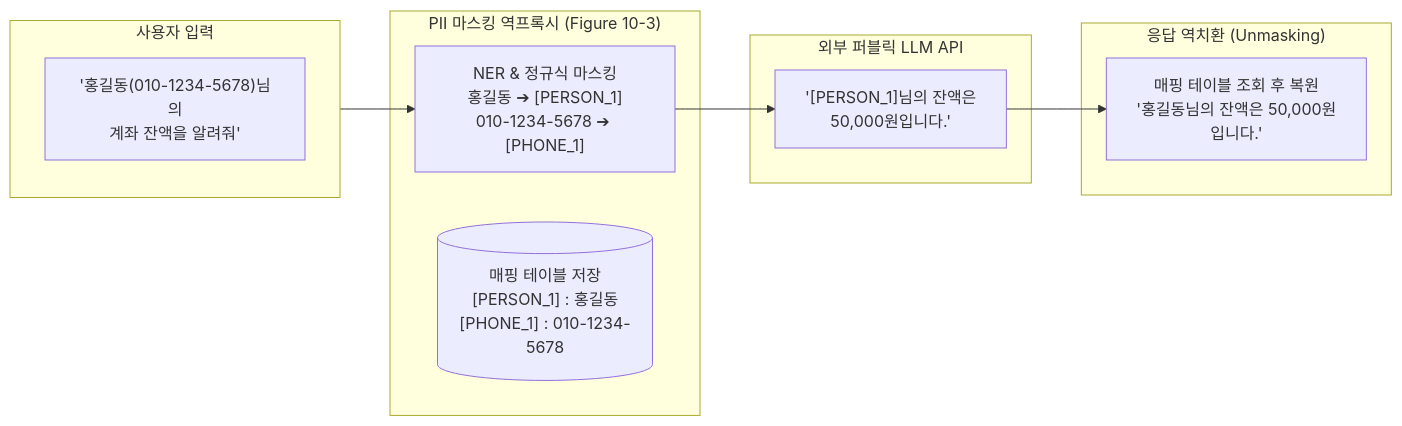
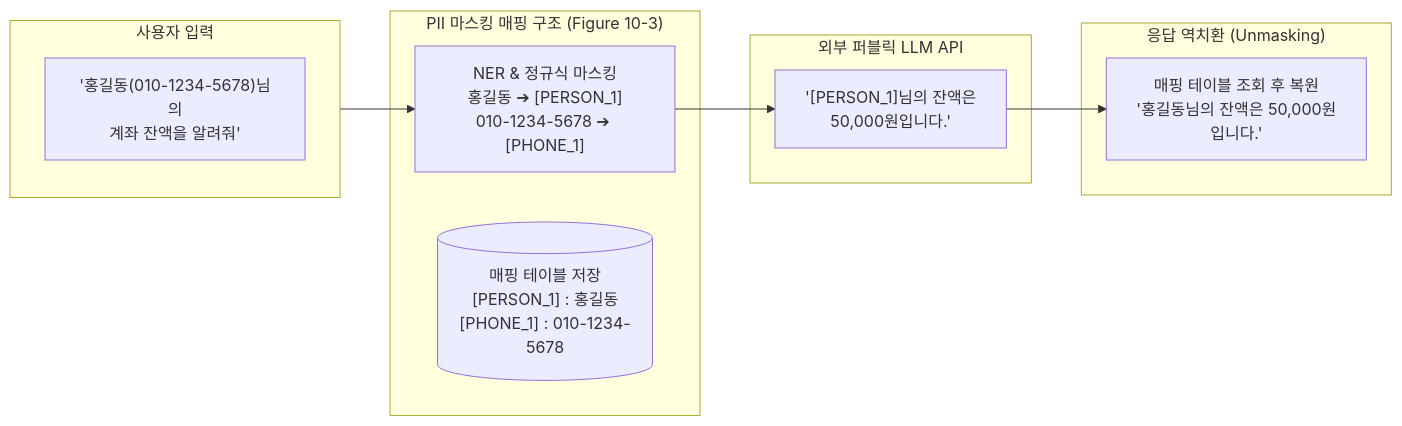
Before and after one commit to sing-u8/AI-Engineering: the second of 3 diagrams in chapter-qa/ch10-architecture-and-feedback-qa/01-enterprise-ai-application-architecture.md, drawn with Mermaid. The commit also changed other lines of this file and 15 other files, not shown here.

````diff
--- a/chapter-qa/ch10-architecture-and-feedback-qa/01-enterprise-ai-application-architecture.md
+++ b/chapter-qa/ch10-architecture-and-feedback-qa/01-enterprise-ai-application-architecture.md
@@ -96,21 +96,21 @@
 ```mermaid
 flowchart LR
     subgraph ClientReq["사용자 입력"]
         Q["'홍길동(010-1234-5678)님의\n계좌 잔액을 알려줘'"]
     end
 
-    subgraph Proxy["PII 마스킹 역프록시 (Figure 10-3)"]
+    subgraph Proxy["PII 마스킹 매핑 구조 (Figure 10-3)"]
         Mask["NER & 정규식 마스킹\n홍길동 ➔ [PERSON_1]\n010-1234-5678 ➔ [PHONE_1]"]
         Table[("매핑 테이블 저장\n[PERSON_1] : 홍길동\n[PHONE_1] : 010-1234-5678")]
     end
 
     subgraph LLM_Call["외부 퍼블릭 LLM API"]
         Model["'[PERSON_1]님의 잔액은\n50,000원입니다.'"]
     end
 
     subgraph Restore["응답 역치환 (Unmasking)"]
         Unmask["매핑 테이블 조회 후 복원\n'홍길동님의 잔액은 50,000원입니다.'"]
     end
 
     ClientReq --> Mask --> Model --> Unmask
 ```
````
